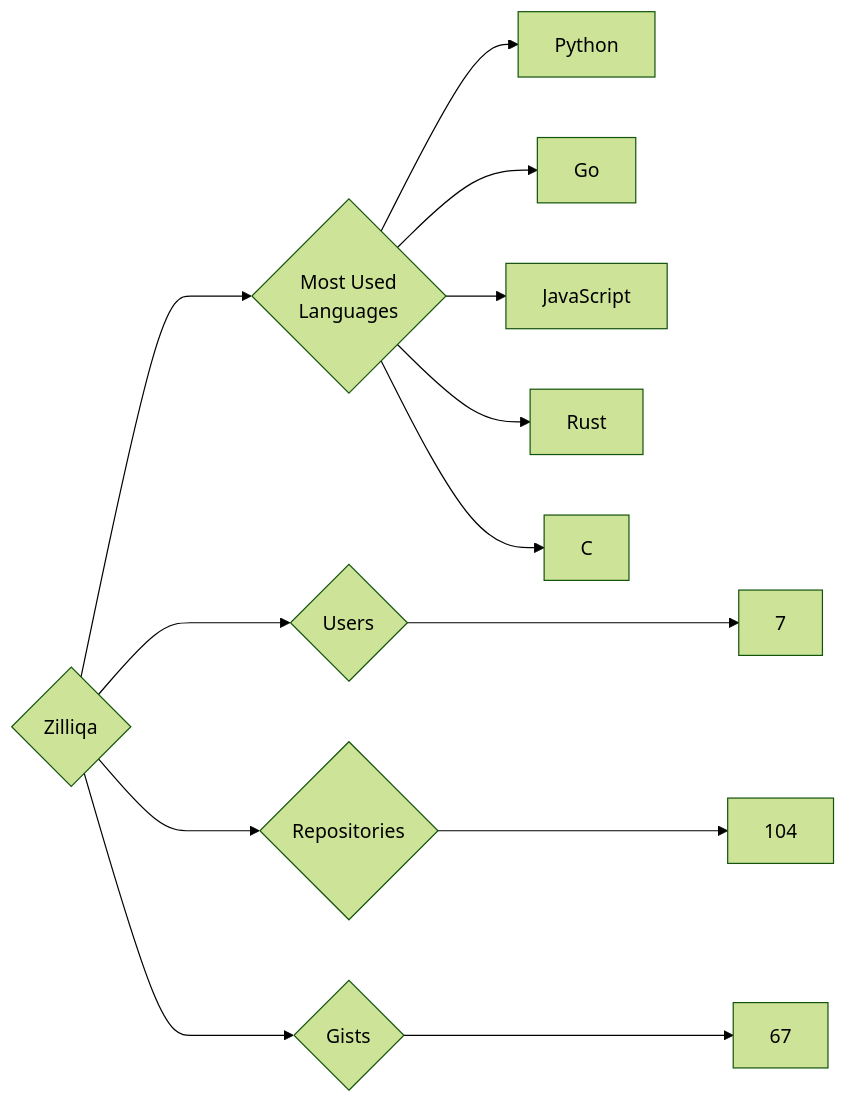
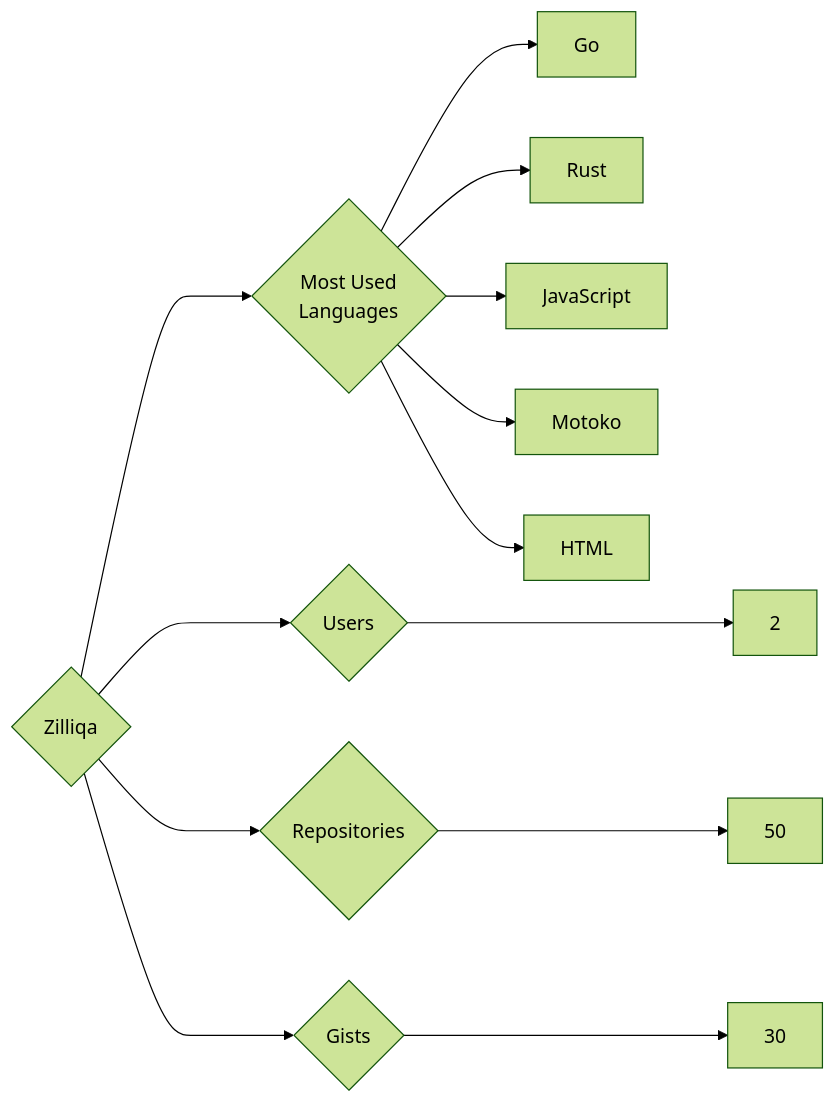
Before and after one commit to trickest/insiders: the diagram in targets/Zilliqa/README.md, drawn with Mermaid (forest theme). The commit also changed 814 other files, not shown here.

````diff
--- a/targets/Zilliqa/README.md
+++ b/targets/Zilliqa/README.md
@@ -3,13 +3,13 @@
 ```mermaid
 graph LR
 COMPANY_NAME{Zilliqa}
-COMPANY_NAME ---> U{Users} ---> UN[7]
-COMPANY_NAME ---> R{Repositories} ---> RN[104]
-COMPANY_NAME ---> G{Gists} ---> GN[67]
+COMPANY_NAME ---> U{Users} ---> UN[2]
+COMPANY_NAME ---> R{Repositories} ---> RN[50]
+COMPANY_NAME ---> G{Gists} ---> GN[30]
 COMPANY_NAME ---> ML{Most Used<br>Languages}
-ML --> Python[Python]
 ML --> Go[Go]
+ML --> Rust[Rust]
 ML --> JavaScript[JavaScript]
-ML --> Rust[Rust]
-ML --> C[C]
+ML --> Motoko[Motoko]
+ML --> HTML[HTML]
 ```
````
